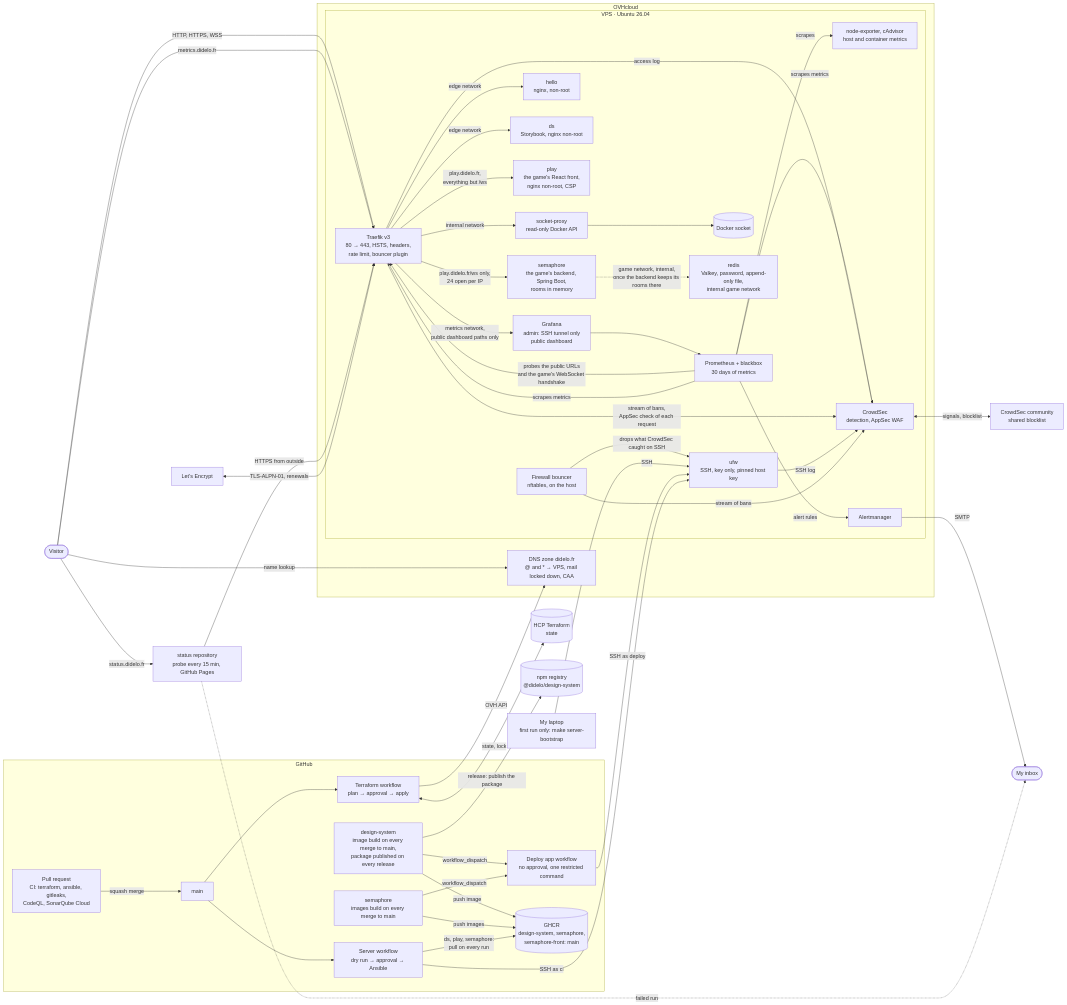
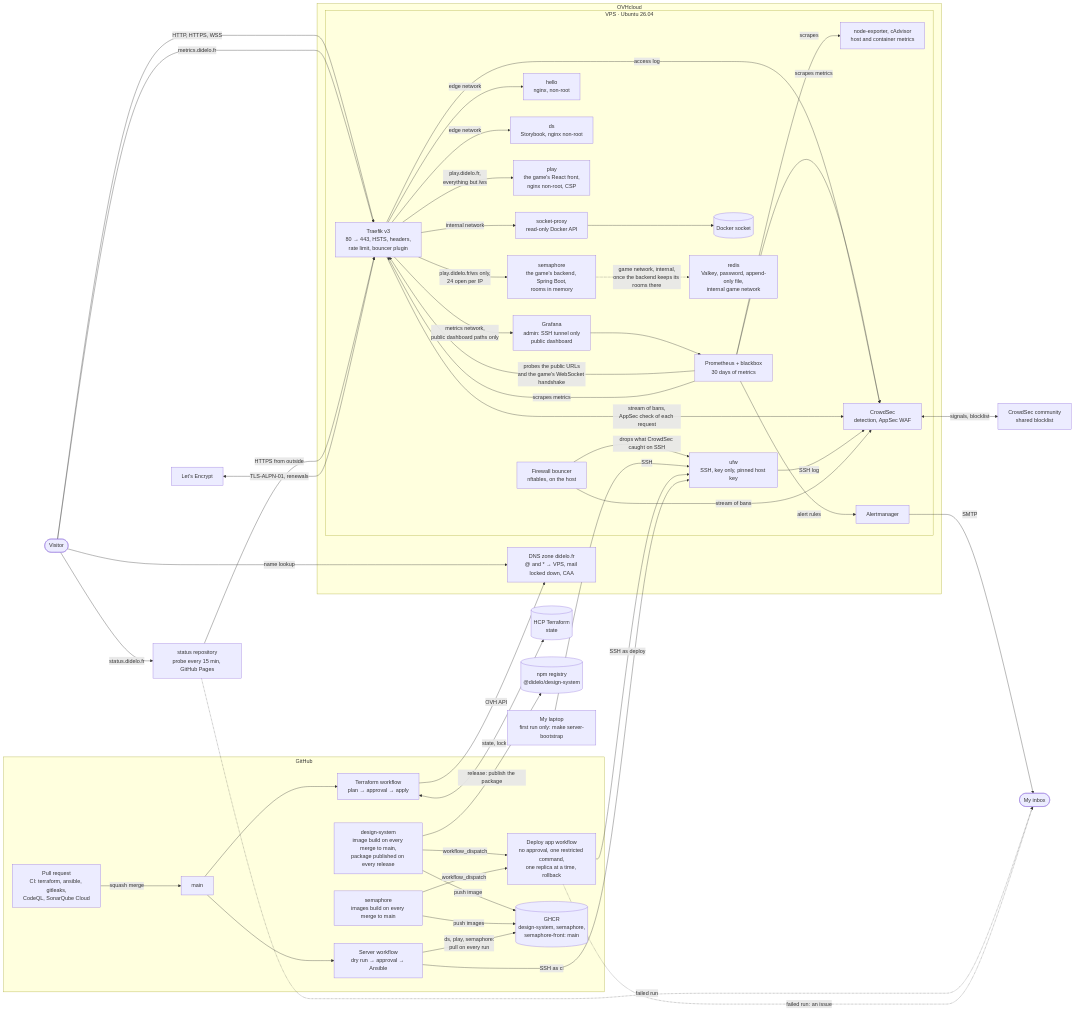
One commit to Didelo-lilian/infra changed the diagram in README.md. Above: the diagram before and after it, drawn with Mermaid. The commit also changed other lines of this file and 12 other files, not shown here.

Commit message:
feat(deploy-app): update replicas one at a time with a canary and roll back on failure

```diff
--- a/README.md
+++ b/README.md
@@ -58,7 +58,7 @@
     main["main"]
     tfwf["Terraform workflow<br/>plan → approval → apply"]
     srvwf["Server workflow<br/>dry run → approval → Ansible"]
-    appwf["Deploy app workflow<br/>no approval, one restricted command"]
+    appwf["Deploy app workflow<br/>no approval, one restricted command,<br/>one replica at a time, rollback"]
     dsrepo["design-system<br/>image build on every merge to main,<br/>package published on every release"]
     semrepo["semaphore<br/>images build on every merge to main"]
     ghcr[("GHCR<br/>design-system, semaphore,<br/>semaphore-front: main")]
@@ -104,6 +104,7 @@
   semrepo -->|"push images"| ghcr
   semrepo -->|"workflow_dispatch"| appwf
   appwf -->|"SSH as deploy"| ufw
+  appwf -.->|"failed run: an issue"| inbox
   srvwf -->|"ds, play, semaphore:<br/>pull on every run"| ghcr
   srvwf -->|"SSH as ci"| ufw
   tfwf -->|"OVH API"| dns
```
